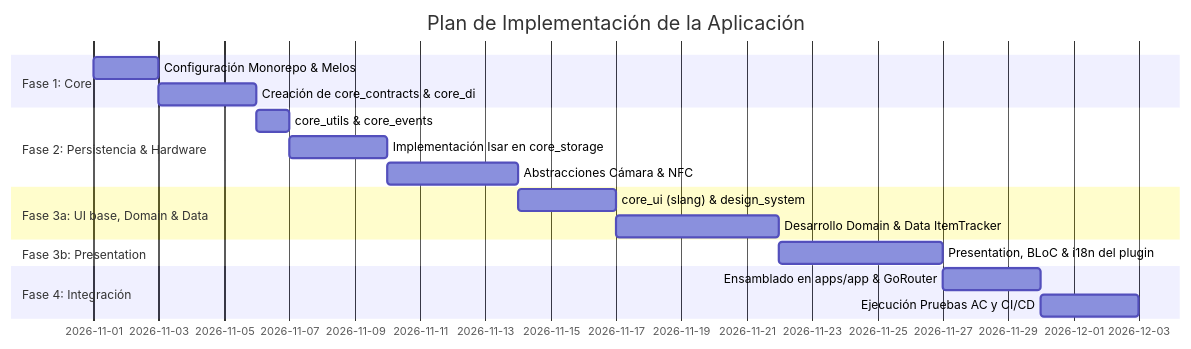
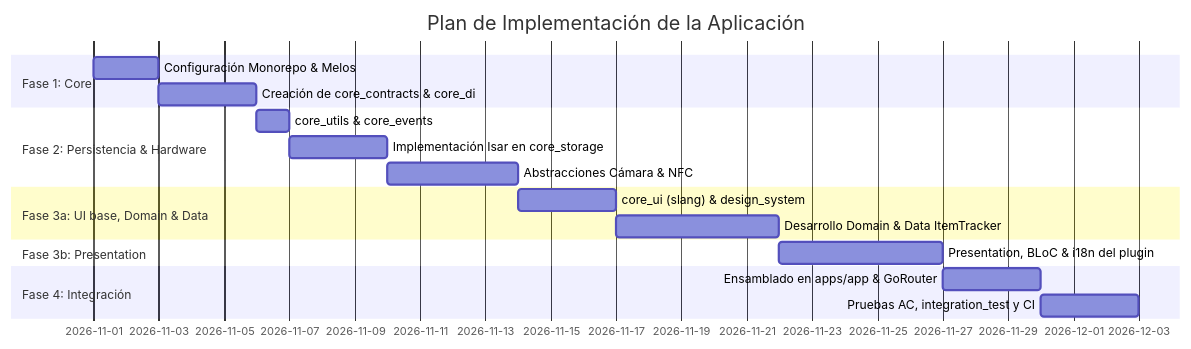
Before and after one commit to cristian2024/home_tasks: the fourth of 4 diagrams in specs/app_spec.md, drawn with Mermaid. The commit also changed other lines of this file and 1 other file, not shown here.

````diff
--- a/specs/app_spec.md
+++ b/specs/app_spec.md
@@ -968,20 +985,20 @@
 ```mermaid
 gantt
     title Plan de Implementación de la Aplicación
     dateFormat  YYYY-MM-DD
     section Fase 1: Core
     Configuración Monorepo & Melos       :f1_1, 2026-11-01, 2d
     Creación de core_contracts & core_di :f1_2, after f1_1, 3d
     section Fase 2: Persistencia & Hardware
     core_utils & core_events             :f2_0, after f1_2, 1d
     Implementación Isar en core_storage  :f2_1, after f2_0, 3d
     Abstracciones Cámara & NFC           :f2_2, after f2_1, 4d
     section Fase 3a: UI base, Domain & Data
     core_ui (slang) & design_system      :f3_0, after f2_2, 3d
     Desarrollo Domain & Data ItemTracker :f3_1, after f3_0, 5d
     section Fase 3b: Presentation
     Presentation, BLoC & i18n del plugin :f3_2, after f3_1, 5d
     section Fase 4: Integración
     Ensamblado en apps/app & GoRouter    :f4_1, after f3_2, 3d
-    Ejecución Pruebas AC y CI/CD         :f4_2, after f4_1, 3d
+    Pruebas AC, integration_test y CI    :f4_2, after f4_1, 3d
 ```
````
